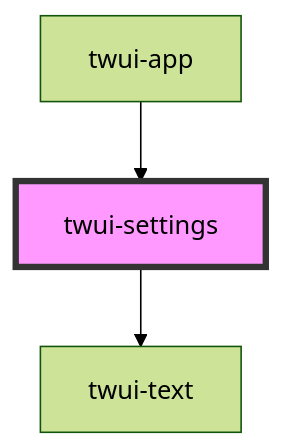
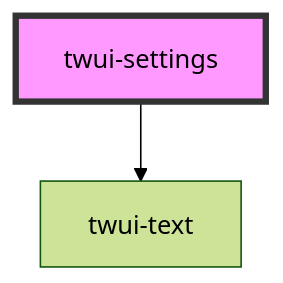
The diagram in src/frontend/src/components/twui/src/components/pages/settings/readme.md (frostaura/TaleWeaver), drawn with Mermaid (forest theme) before and after one commit. The commit also changed other lines of this file and 24 other files, not shown here.

````diff
--- a/src/frontend/src/components/twui/src/components/pages/settings/readme.md
+++ b/src/frontend/src/components/twui/src/components/pages/settings/readme.md
@@ -19,6 +15,5 @@
 ```mermaid
 graph TD;
   twui-settings --> twui-text
-  twui-app --> twui-settings
   style twui-settings fill:#f9f,stroke:#333,stroke-width:4px
 ```
````
